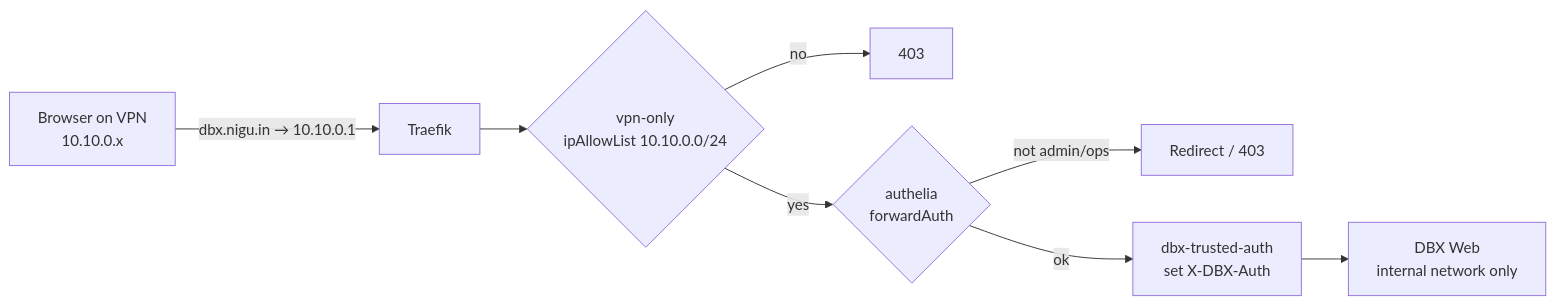
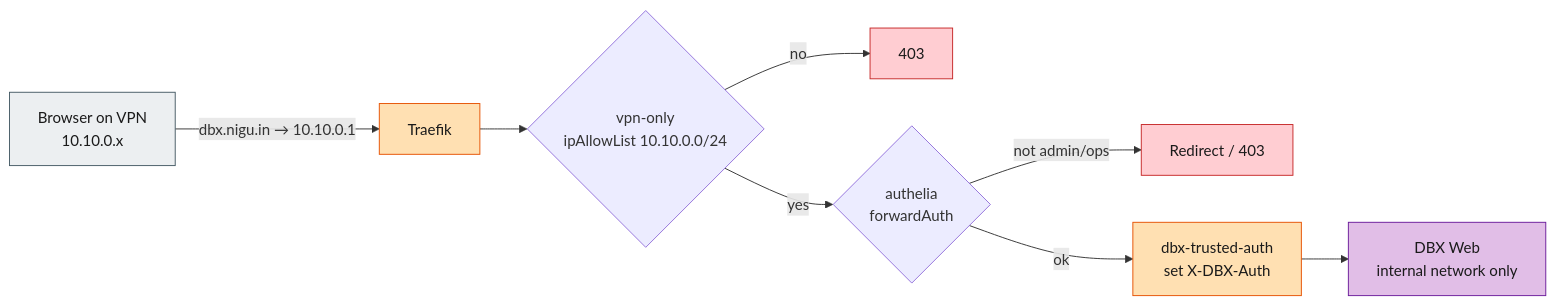
Before and after one commit to varunpathania86/nigu-lite: the sixth of 23 diagrams in master-plan.md, drawn with Mermaid. The commit also changed other lines of this file and 38 other files, not shown here.

````diff
--- a/master-plan.md
+++ b/master-plan.md
@@ -286,9 +331,17 @@
 ```mermaid
 flowchart LR
   B["Browser on VPN<br/>10.10.0.x"] -->|"dbx.nigu.in → 10.10.0.1"| T[Traefik]
   T --> M1{"vpn-only<br/>ipAllowList 10.10.0.0/24"}
   M1 -->|no| D1[403]
   M1 -->|yes| M2{"authelia<br/>forwardAuth"}
   M2 -->|"not admin/ops"| D2[Redirect / 403]
   M2 -->|ok| M3["dbx-trusted-auth<br/>set X-DBX-Auth"] --> X["DBX Web<br/>internal network only"]
+  class B user
+  class T,M3 edge
+  class X core
+  class D1,D2 fail
+  classDef user fill:#eceff1,stroke:#455a64,color:#1a1a1a
+  classDef edge fill:#ffe0b2,stroke:#e65100,color:#1a1a1a
+  classDef core fill:#e1bee7,stroke:#6a1b9a,color:#1a1a1a
+  classDef fail fill:#ffcdd2,stroke:#c62828,color:#1a1a1a
 ```
````
